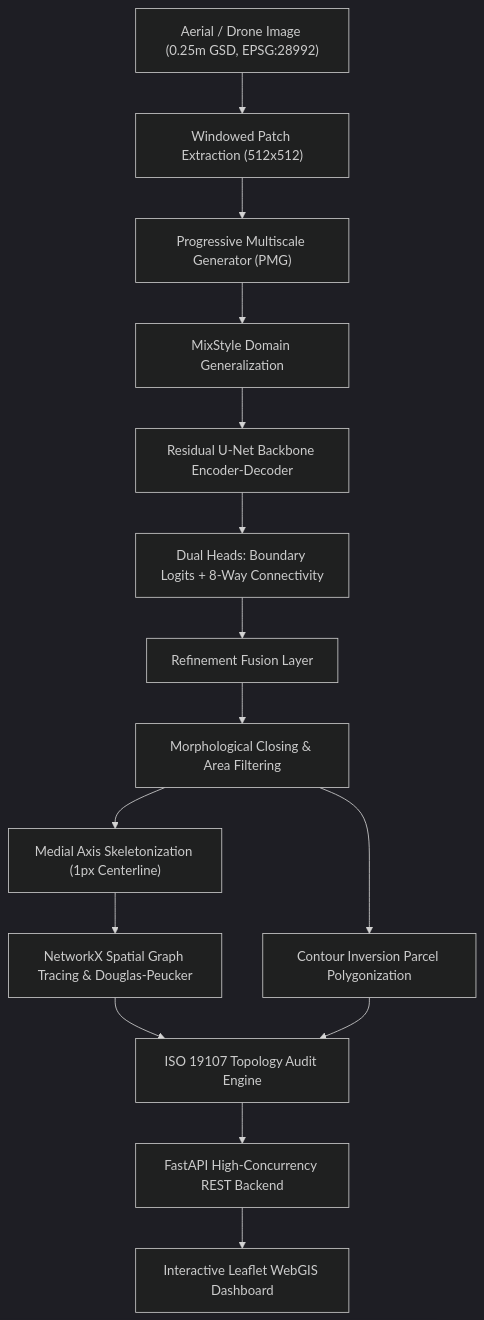
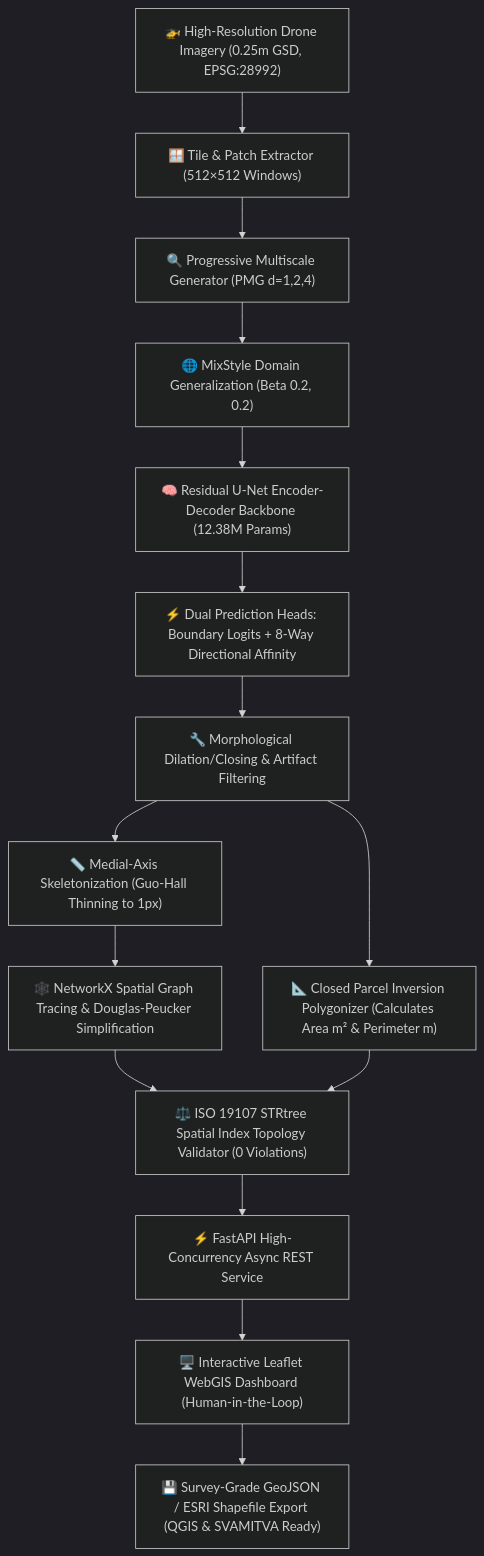
One commit to KYaswanthReddy/SIH changed the second of 2 diagrams in README.md. Above: the diagram before and after it, drawn with Mermaid (dark theme). The commit also changed other lines of this file and 1 other file, not shown here.

````diff
--- a/README.md
+++ b/README.md
@@ -55,31 +136,31 @@
 ```mermaid
 flowchart TD
-    AERIAL["Aerial / Drone Image (0.25m GSD, EPSG:28992)"]
-    PATCH["Windowed Patch Extraction (512x512)"]
-    PMG["Progressive Multiscale Generator (PMG)"]
-    DG["MixStyle Domain Generalization"]
-    UNET["Residual U-Net Backbone Encoder-Decoder"]
-    DUAL_HEAD["Dual Heads: Boundary Logits + 8-Way Connectivity"]
-    FUSION["Refinement Fusion Layer"]
-    MORPH["Morphological Closing & Area Filtering"]
-    SKEL["Medial Axis Skeletonization (1px Centerline)"]
-    GRAPH["NetworkX Spatial Graph Tracing & Douglas-Peucker"]
-    POLYGON["Contour Inversion Parcel Polygonization"]
-    TOPO["ISO 19107 Topology Audit Engine"]
-    FASTAPI["FastAPI High-Concurrency REST Backend"]
-    WEBGIS["Interactive Leaflet WebGIS Dashboard"]
+    DRONE["🚁 High-Resolution Drone Imagery (0.25m GSD, EPSG:28992)"]
+    PATCH["🪟 Tile & Patch Extractor (512×512 Windows)"]
+    PMG_MOD["🔍 Progressive Multiscale Generator (PMG d=1,2,4)"]
+    MIX["🌐 MixStyle Domain Generalization (Beta 0.2, 0.2)"]
+    BACKBONE["🧠 Residual U-Net Encoder-Decoder Backbone (12.38M Params)"]
+    HEADS["⚡ Dual Prediction Heads: Boundary Logits + 8-Way Directional Affinity"]
+    MORPH["🔧 Morphological Dilation/Closing & Artifact Filtering"]
+    SKELETON["📏 Medial-Axis Skeletonization (Guo-Hall Thinning to 1px)"]
+    GRAPH["🕸️ NetworkX Spatial Graph Tracing & Douglas-Peucker Simplification"]
+    POLYGON["📐 Closed Parcel Inversion Polygonizer (Calculates Area m² & Perimeter m)"]
+    TOPO["⚖️ ISO 19107 STRtree Spatial Index Topology Validator (0 Violations)"]
+    API["⚡ FastAPI High-Concurrency Async REST Service"]
+    DASHBOARD["🖥️ Interactive Leaflet WebGIS Dashboard (Human-in-the-Loop)"]
+    EXPORT["💾 Survey-Grade GeoJSON / ESRI Shapefile Export (QGIS & SVAMITVA Ready)"]
 
-    AERIAL --> PATCH
-    PATCH --> PMG
-    PMG --> DG
-    DG --> UNET
-    UNET --> DUAL_HEAD
-    DUAL_HEAD --> FUSION
-    FUSION --> MORPH
-    MORPH --> SKEL
-    SKEL --> GRAPH
+    DRONE --> PATCH
+    PATCH --> PMG_MOD
+    PMG_MOD --> MIX
+    MIX --> BACKBONE
+    BACKBONE --> HEADS
+    HEADS --> MORPH
+    MORPH --> SKELETON
+    SKELETON --> GRAPH
     MORPH --> POLYGON
     GRAPH & POLYGON --> TOPO
-    TOPO --> FASTAPI
-    FASTAPI --> WEBGIS
+    TOPO --> API
+    API --> DASHBOARD
+    DASHBOARD --> EXPORT
 ```
````
